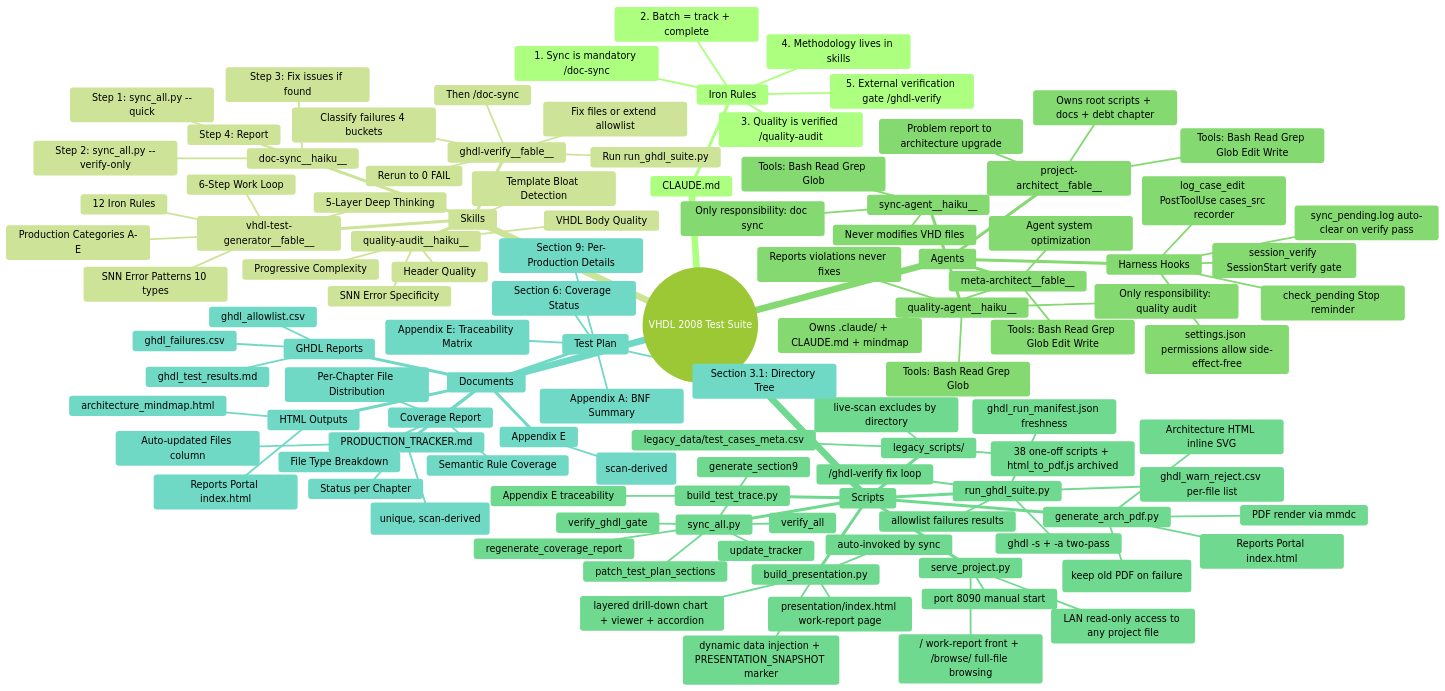
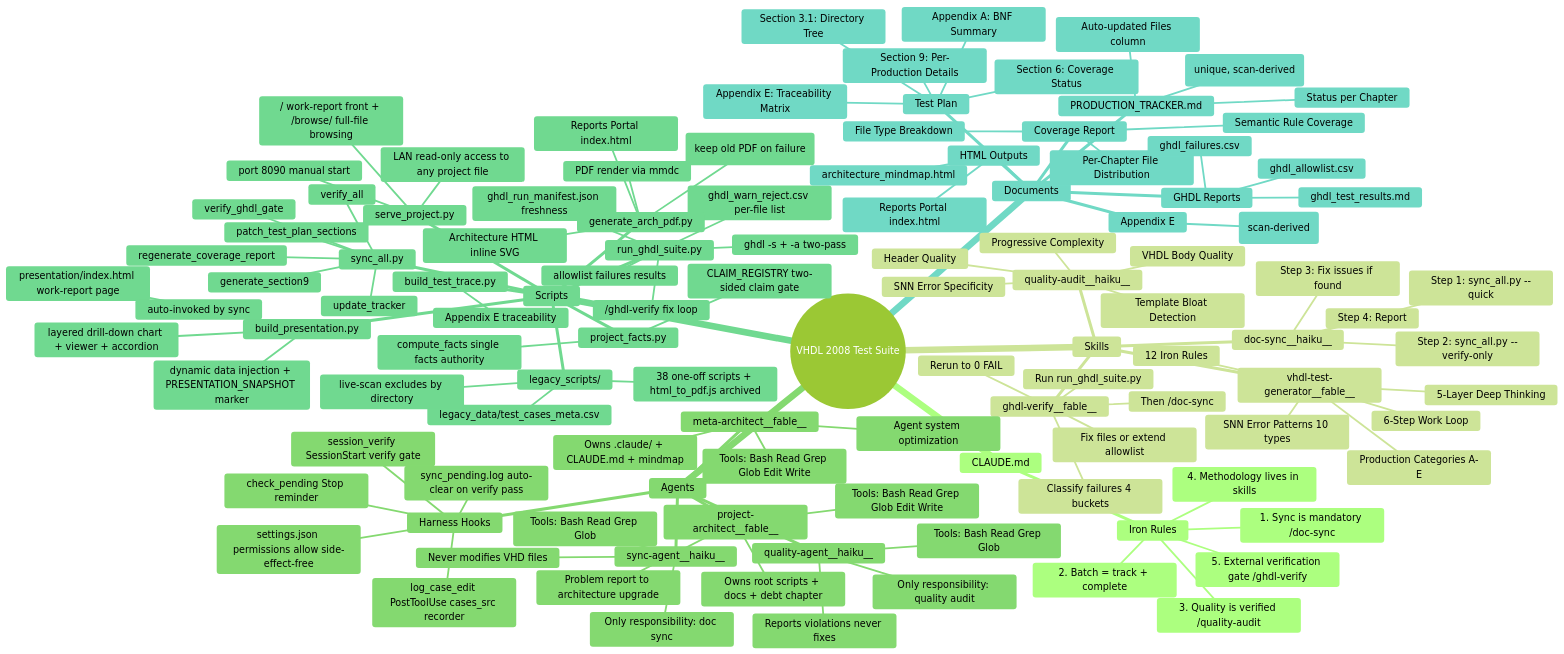
The first of 2 diagrams in vhdl2008_grammar_test/reports/architecture_mindmap.md (aaazcy/vhdl2008-grammar-test-suite), drawn with Mermaid (forest theme) before and after one commit. The commit also changed other lines of this file and 17 other files, not shown here.

Commit message:
Claim Sealing: facts authority (project_facts.py) + two-sided claim gate (verify step 7k); touchstone-proven on real drift (319→314, 5→7 root scripts); presentation hero gains GitHub link, drops file-repo card; Phase 6 story; Iron Rule 6

```diff
--- a/vhdl2008_grammar_test/reports/architecture_mindmap.md
+++ b/vhdl2008_grammar_test/reports/architecture_mindmap.md
@@ -96,6 +96,9 @@
         / work-report front + /browse/ full-file browsing
         LAN read-only access to any project file
         port 8090 manual start
+      project_facts.py
+        compute_facts single facts authority
+        CLAIM_REGISTRY two-sided claim gate
       legacy_scripts/
         38 one-off scripts + html_to_pdf.js archived
         legacy_data/test_cases_meta.csv
```
